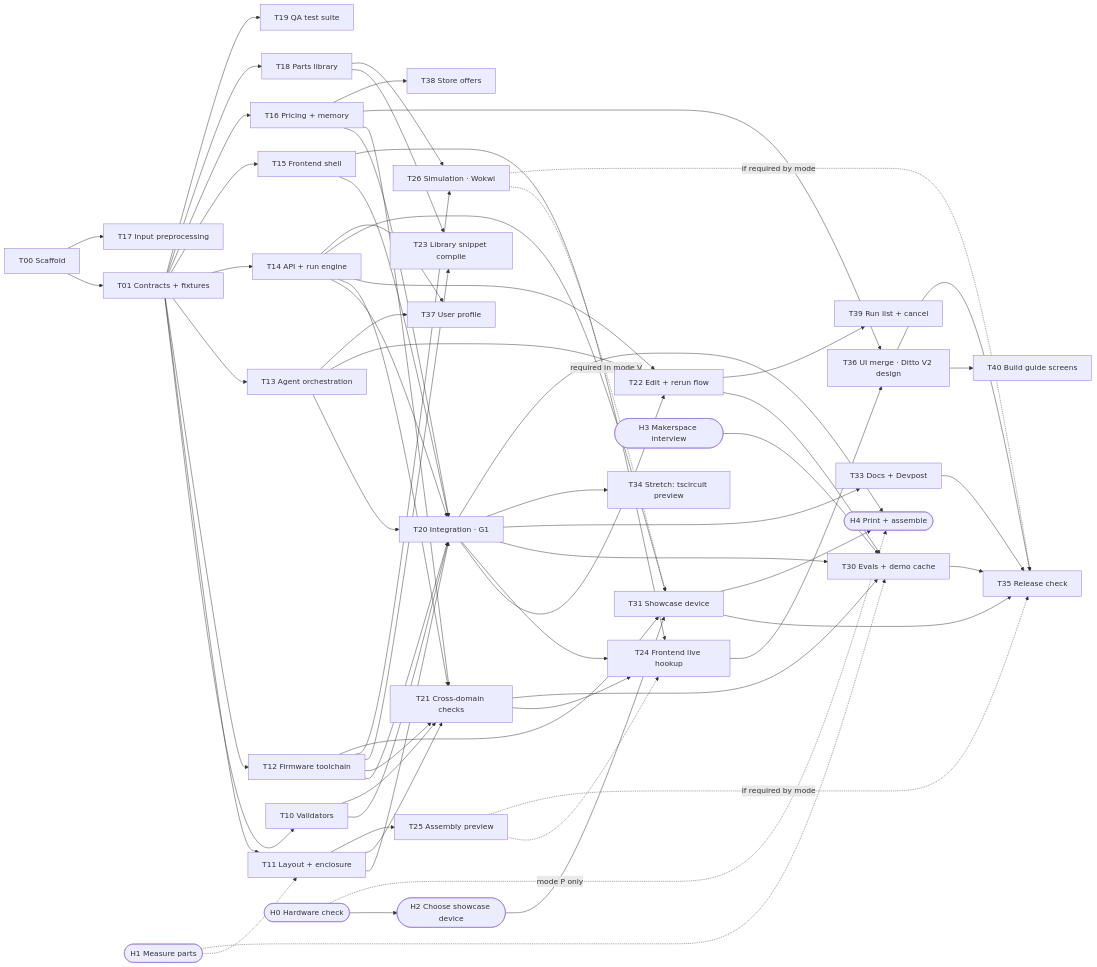
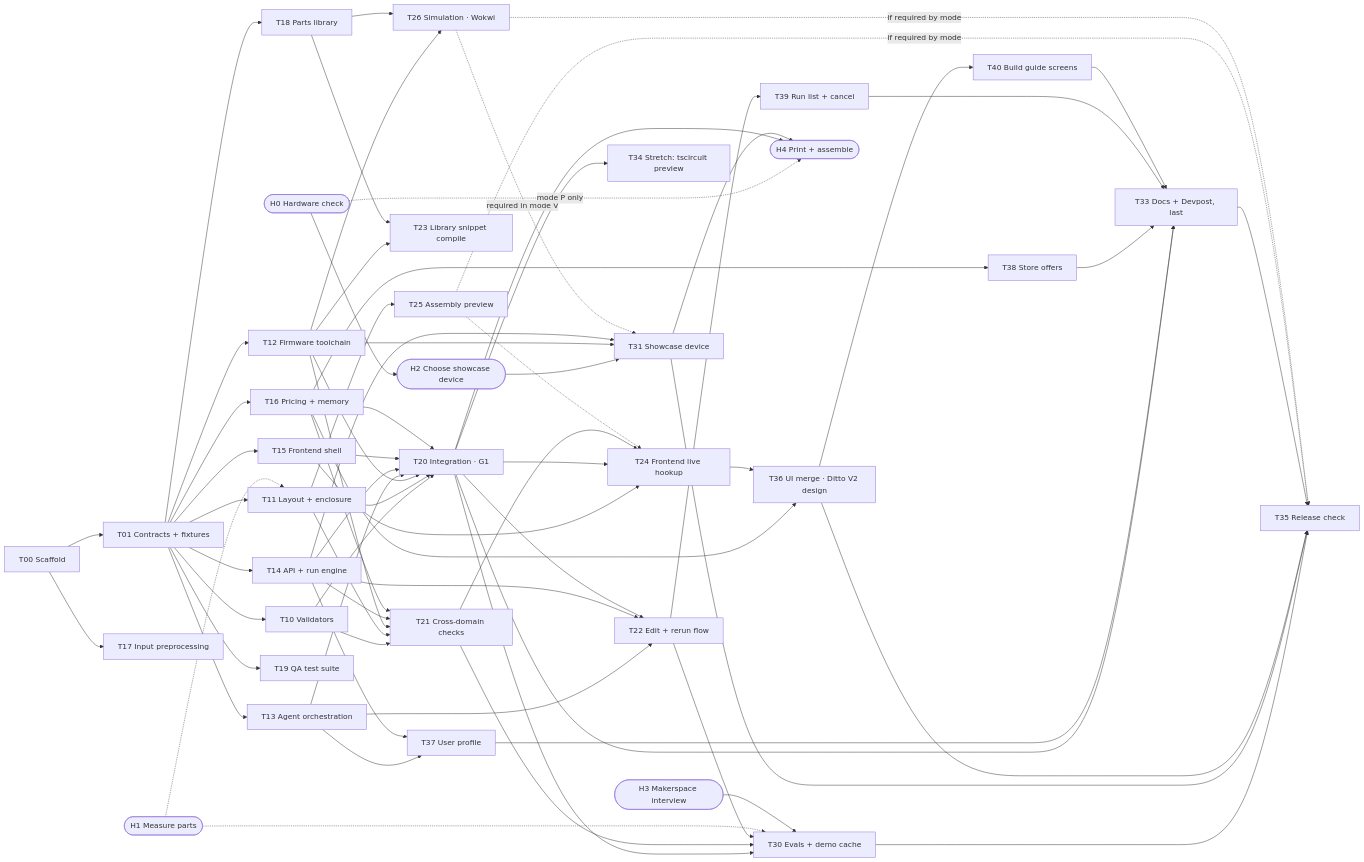
One commit to bryanz35/ditto changed the diagram in handoff/BUILD_PLAN.md. Above: the diagram before and after it, drawn with Mermaid. The commit also changed other lines of this file and 2 other files, not shown here.

````diff
--- a/handoff/BUILD_PLAN.md
+++ b/handoff/BUILD_PLAN.md
@@ -100,44 +100,44 @@
 ```mermaid
 flowchart LR
   T00[T00 Scaffold] --> T01[T01 Contracts + fixtures]
   T00 --> T17[T17 Input preprocessing]
   T01 --> T10[T10 Validators]
   T01 --> T11[T11 Layout + enclosure]
   T01 --> T12[T12 Firmware toolchain]
   T01 --> T13[T13 Agent orchestration]
   T01 --> T14[T14 API + run engine]
   T01 --> T15[T15 Frontend shell]
   T01 --> T16[T16 Pricing + memory]
   T01 --> T18[T18 Parts library]
   T01 --> T19[T19 QA test suite]
 
   T10 & T11 & T12 & T13 & T14 & T15 & T16 --> T20[T20 Integration · G1]
   T10 & T11 & T12 & T14 & T16 --> T21[T21 Cross-domain checks]
   T13 & T14 & T20 --> T22[T22 Edit + rerun flow]
   T12 & T18 --> T23[T23 Library snippet compile]
   T15 & T20 & T21 --> T24[T24 Frontend live hookup]
   T11 --> T25[T25 Assembly preview]
   T25 -.-> T24
   T12 & T18 --> T26[T26 Simulation · Wokwi]
 
   T20 & T21 & T22 --> T30[T30 Evals + demo cache]
   H0([H0 Hardware check]) --> H2([H2 Choose showcase device])
   H2 --> T31[T31 Showcase device]
   T12 & T14 --> T31
   T26 -. required in mode V .-> T31
   T16 & T24 --> T36[T36 UI merge · Ditto V2 design]
   T36 --> T40[T40 Build guide screens]
   T13 & T14 --> T37[T37 User profile]
   T16 --> T38[T38 Store offers]
   T22 --> T39[T39 Run list + cancel]
-  T20 --> T33[T33 Docs + Devpost]
+  T20 & T37 & T38 & T39 & T40 --> T33[T33 Docs + Devpost, last]
   T20 --> T34[T34 Stretch: tscircuit preview]
   T30 & T31 & T36 & T33 --> T35[T35 Release check]
   T25 & T26 -. if required by mode .-> T35
 
   H1([H1 Measure parts]) -.-> T11
   H1 -.-> T30
   H3([H3 Makerspace interview]) --> T30
   H0 -. mode P only .-> H4([H4 Print + assemble])
   T20 & T31 --> H4
 ```
````
